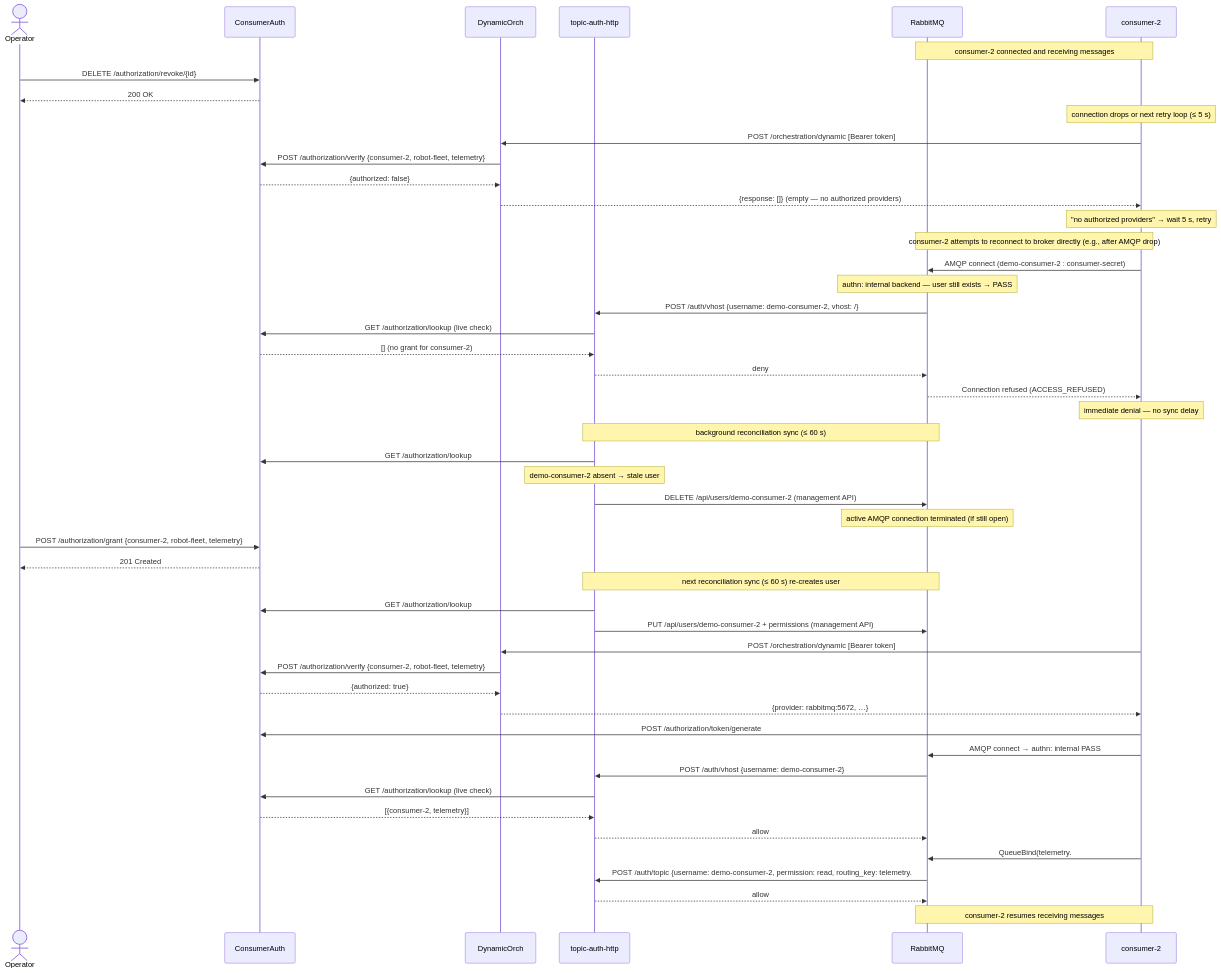
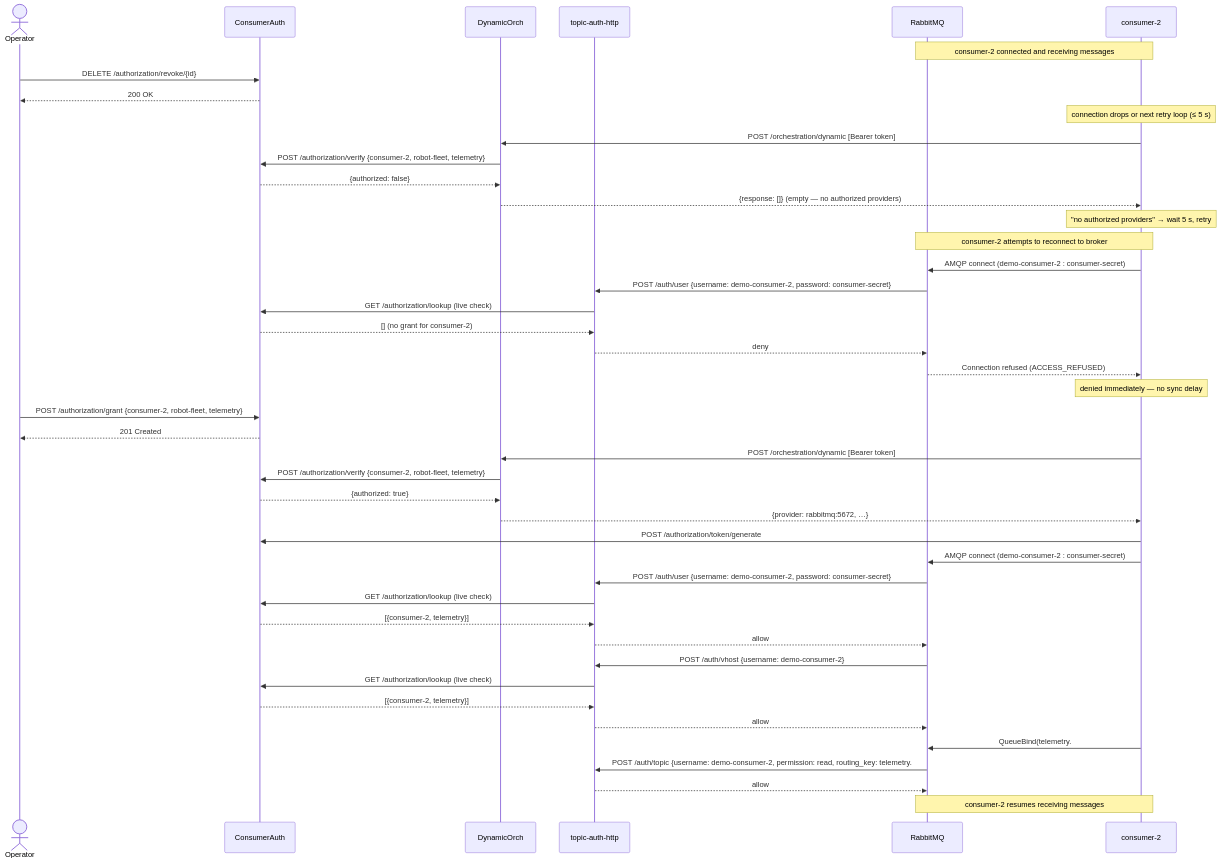
Before and after one commit to ulfbod/Arrowhead-experimental-core-systems: the fourth of 4 diagrams in experiments/experiment-4/DIAGRAMS.md, drawn with Mermaid. The commit also changed other lines of this file and 1 other file, not shown here.

````diff
--- a/experiments/experiment-4/DIAGRAMS.md
+++ b/experiments/experiment-4/DIAGRAMS.md
@@ -182,59 +181,52 @@
 ```mermaid
 sequenceDiagram
     actor Operator
     participant CA as ConsumerAuth
     participant DO as DynamicOrch
     participant TAH as topic-auth-http
     participant RMQ as RabbitMQ
     participant C2 as consumer-2
 
     Note over C2,RMQ: consumer-2 connected and receiving messages
 
     Operator->>CA: DELETE /authorization/revoke/{id}
     CA-->>Operator: 200 OK
 
     Note over C2: connection drops or next retry loop (≤ 5 s)
     C2->>DO: POST /orchestration/dynamic  [Bearer token]
     DO->>CA: POST /authorization/verify {consumer-2, robot-fleet, telemetry}
     CA-->>DO: {authorized: false}
     DO-->>C2: {response: []}  (empty — no authorized providers)
     Note over C2: "no authorized providers" → wait 5 s, retry
 
-    Note over C2,RMQ: consumer-2 attempts to reconnect to broker directly (e.g., after AMQP drop)
+    Note over C2,RMQ: consumer-2 attempts to reconnect to broker
     C2->>RMQ: AMQP connect (demo-consumer-2 : consumer-secret)
-    Note over RMQ: authn: internal backend — user still exists → PASS
-    RMQ->>TAH: POST /auth/vhost  {username: demo-consumer-2, vhost: /}
+    RMQ->>TAH: POST /auth/user  {username: demo-consumer-2, password: consumer-secret}
     TAH->>CA: GET /authorization/lookup  (live check)
     CA-->>TAH: []  (no grant for consumer-2)
     TAH-->>RMQ: deny
     RMQ-->>C2: Connection refused (ACCESS_REFUSED)
-    Note over C2: immediate denial — no sync delay
-
-    Note over TAH,RMQ: background reconciliation sync (≤ 60 s)
-    TAH->>CA: GET /authorization/lookup
-    Note over TAH: demo-consumer-2 absent → stale user
-    TAH->>RMQ: DELETE /api/users/demo-consumer-2 (management API)
-    Note over RMQ: active AMQP connection terminated (if still open)
+    Note over C2: denied immediately — no sync delay
 
     Operator->>CA: POST /authorization/grant {consumer-2, robot-fleet, telemetry}
     CA-->>Operator: 201 Created
-
-    Note over TAH,RMQ: next reconciliation sync (≤ 60 s) re-creates user
-    TAH->>CA: GET /authorization/lookup
-    TAH->>RMQ: PUT /api/users/demo-consumer-2 + permissions (management API)
 
     C2->>DO: POST /orchestration/dynamic  [Bearer token]
     DO->>CA: POST /authorization/verify {consumer-2, robot-fleet, telemetry}
     CA-->>DO: {authorized: true}
     DO-->>C2: {provider: rabbitmq:5672, …}
     C2->>CA: POST /authorization/token/generate
-    C2->>RMQ: AMQP connect → authn: internal PASS
+    C2->>RMQ: AMQP connect (demo-consumer-2 : consumer-secret)
+    RMQ->>TAH: POST /auth/user  {username: demo-consumer-2, password: consumer-secret}
+    TAH->>CA: GET /authorization/lookup  (live check)
+    CA-->>TAH: [{consumer-2, telemetry}]
+    TAH-->>RMQ: allow
     RMQ->>TAH: POST /auth/vhost  {username: demo-consumer-2}
     TAH->>CA: GET /authorization/lookup  (live check)
     CA-->>TAH: [{consumer-2, telemetry}]
     TAH-->>RMQ: allow
     C2->>RMQ: QueueBind(telemetry.#)
     RMQ->>TAH: POST /auth/topic  {username: demo-consumer-2, permission: read, routing_key: telemetry.#}
     TAH-->>RMQ: allow
     Note over C2,RMQ: consumer-2 resumes receiving messages
 ```
````
